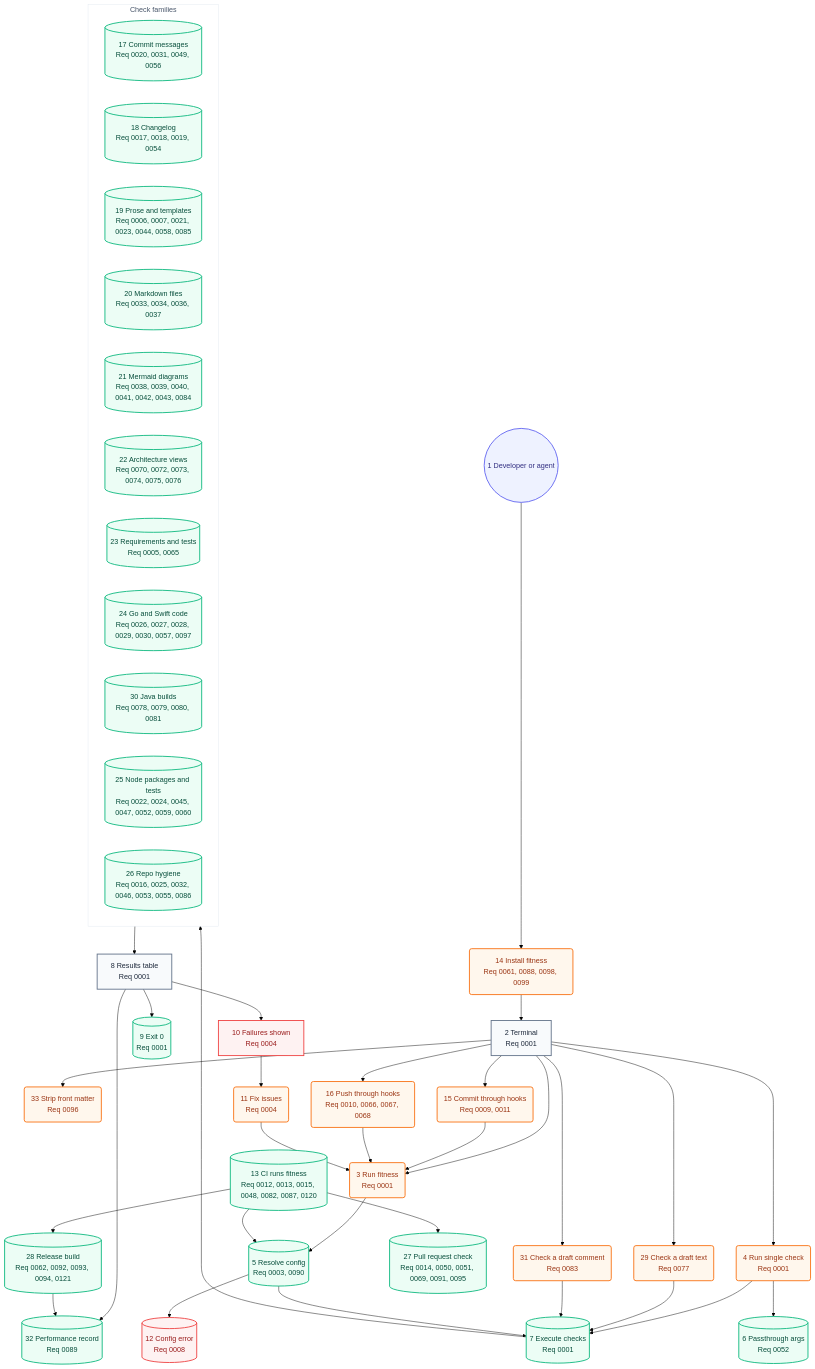
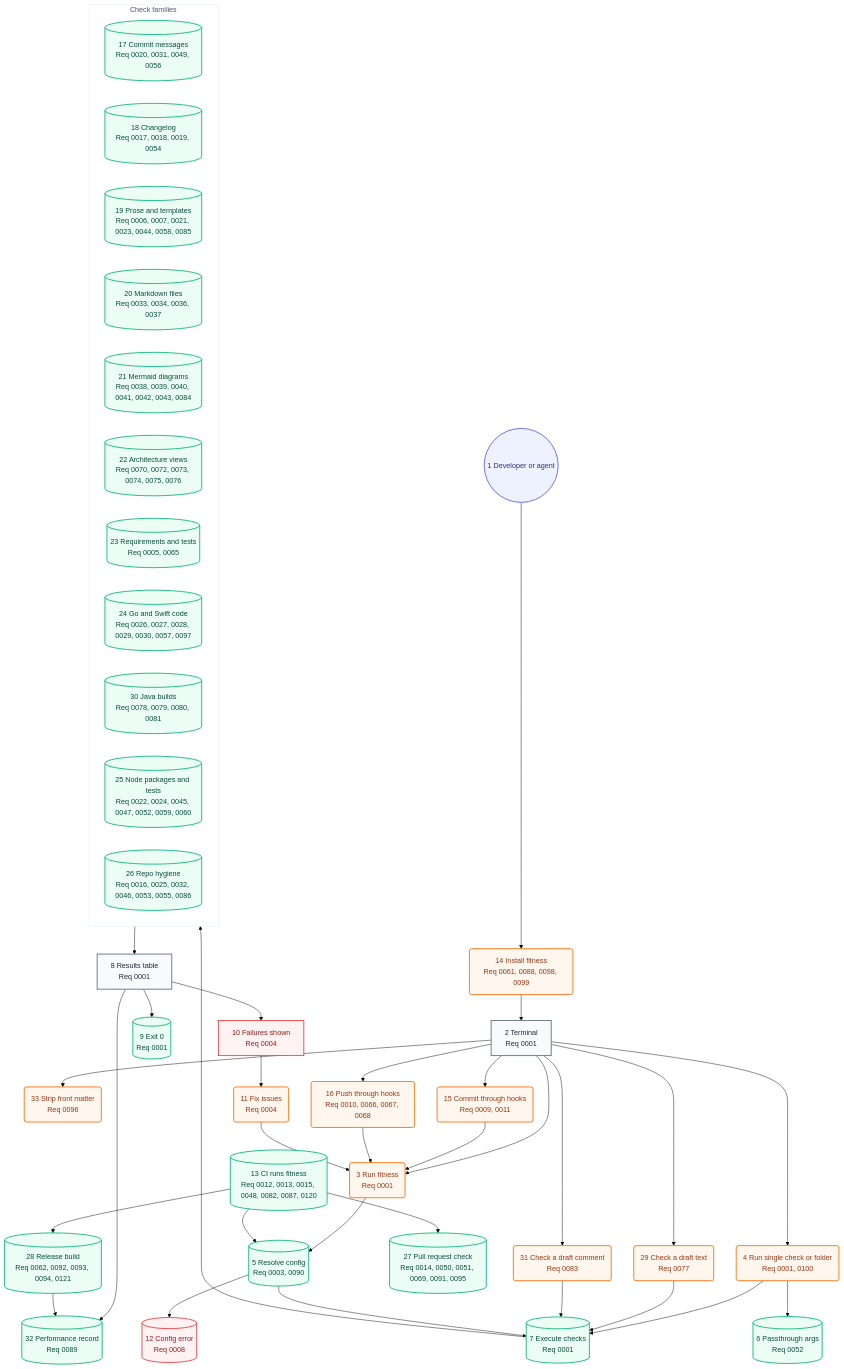
One commit to may-journal/fitness-runner changed the second of 2 diagrams in docs/architecture/05-user-journey.md. Above: the diagram before and after it, drawn with Mermaid (forest theme). The commit also changed 14 other files, not shown here.

````diff
--- a/docs/architecture/05-user-journey.md
+++ b/docs/architecture/05-user-journey.md
@@ -40,78 +40,78 @@
 ```mermaid
 flowchart TB
     dev((1 Developer or agent)):::persona
     install(14 Install fitness<br/>Req 0061, 0088, 0098, 0099):::action
     terminal[2 Terminal<br/>Req 0001]:::screen
     runFull(3 Run fitness<br/>Req 0001):::action
-    runSingle(4 Run single check<br/>Req 0001):::action
+    runSingle(4 Run single check or folder<br/>Req 0001, 0100):::action
     runBlob(29 Check a draft text<br/>Req 0077):::action
     runComment(31 Check a draft comment<br/>Req 0083):::action
     stripFront(33 Strip front matter<br/>Req 0096):::action
     commitHook(15 Commit through hooks<br/>Req 0009, 0011):::action
     pushHook(16 Push through hooks<br/>Req 0010, 0066, 0067, 0068):::action
     resolveConfig[(5 Resolve config<br/>Req 0003, 0090)]:::system
     passArgs[(6 Passthrough args<br/>Req 0052)]:::system
     executeChecks[(7 Execute checks<br/>Req 0001)]:::system
 
     subgraph checks["Check families"]
         commitChecks[(17 Commit messages<br/>Req 0020, 0031, 0049, 0056)]:::system
         changelogChecks[(18 Changelog<br/>Req 0017, 0018, 0019, 0054)]:::system
         proseChecks[(19 Prose and templates<br/>Req 0006, 0007, 0021, 0023, 0044, 0058, 0085)]:::system
         markdownChecks[(20 Markdown files<br/>Req 0033, 0034, 0036, 0037)]:::system
         mermaidChecks[(21 Mermaid diagrams<br/>Req 0038, 0039, 0040, 0041, 0042, 0043, 0084)]:::system
         architectureChecks[(22 Architecture views<br/>Req 0070, 0072, 0073, 0074, 0075, 0076)]:::system
         requirementChecks[(23 Requirements and tests<br/>Req 0005, 0065)]:::system
         goSwiftChecks[(24 Go and Swift code<br/>Req 0026, 0027, 0028, 0029, 0030, 0057, 0097)]:::system
         javaChecks[(30 Java builds<br/>Req 0078, 0079, 0080, 0081)]:::system
         nodeChecks[(25 Node packages and tests<br/>Req 0022, 0024, 0045, 0047, 0052, 0059, 0060)]:::system
         repoChecks[(26 Repo hygiene<br/>Req 0016, 0025, 0032, 0046, 0053, 0055, 0086)]:::system
     end
 
     resultsTable[8 Results table<br/>Req 0001]:::screen
     exitZero[(9 Exit 0<br/>Req 0001)]:::system
     failuresShown[10 Failures shown<br/>Req 0004]:::blocked
     fixIssues(11 Fix issues<br/>Req 0004):::action
     configError[(12 Config error<br/>Req 0008)]:::blocked
     ciRun[(13 CI runs fitness<br/>Req 0012, 0013, 0015, 0048, 0082, 0087, 0120)]:::system
     prCheck[(27 Pull request check<br/>Req 0014, 0050, 0051, 0069, 0091, 0095)]:::system
     release[(28 Release build<br/>Req 0062, 0092, 0093, 0094, 0121)]:::system
     perfRecord[(32 Performance record<br/>Req 0089)]:::system
 
     dev --> install
     install --> terminal
     terminal --> runFull
     terminal --> runSingle
     terminal --> commitHook
     terminal --> pushHook
     terminal --> runBlob
     terminal --> runComment
     terminal --> stripFront
     commitHook --> runFull
     pushHook --> runFull
     runFull --> resolveConfig
     runSingle --> executeChecks
     runSingle --> passArgs
     runBlob --> executeChecks
     runComment --> executeChecks
     resolveConfig --> executeChecks
     resolveConfig --> configError
     executeChecks --> checks
     checks --> resultsTable
     resultsTable --> exitZero
     resultsTable --> failuresShown
     failuresShown --> fixIssues
     fixIssues --> runFull
     ciRun --> resolveConfig
     ciRun --> prCheck
     ciRun --> release
     resultsTable --> perfRecord
     release --> perfRecord
 
     classDef persona fill:#eef2ff,stroke:#6366f1,color:#312e81,stroke-width:2px
     classDef screen fill:#f8fafc,stroke:#64748b,color:#1e293b,stroke-width:2px
     classDef action fill:#fff7ed,stroke:#f97316,color:#9a3412,stroke-width:2px
     classDef system fill:#ecfdf5,stroke:#10b981,color:#064e3b,stroke-width:2px
     classDef blocked fill:#fef2f2,stroke:#ef4444,color:#991b1b,stroke-width:2px
 
     style checks fill:#ffffff,stroke:#e2e8f0,color:#475569,stroke-width:1px
 ```
````
